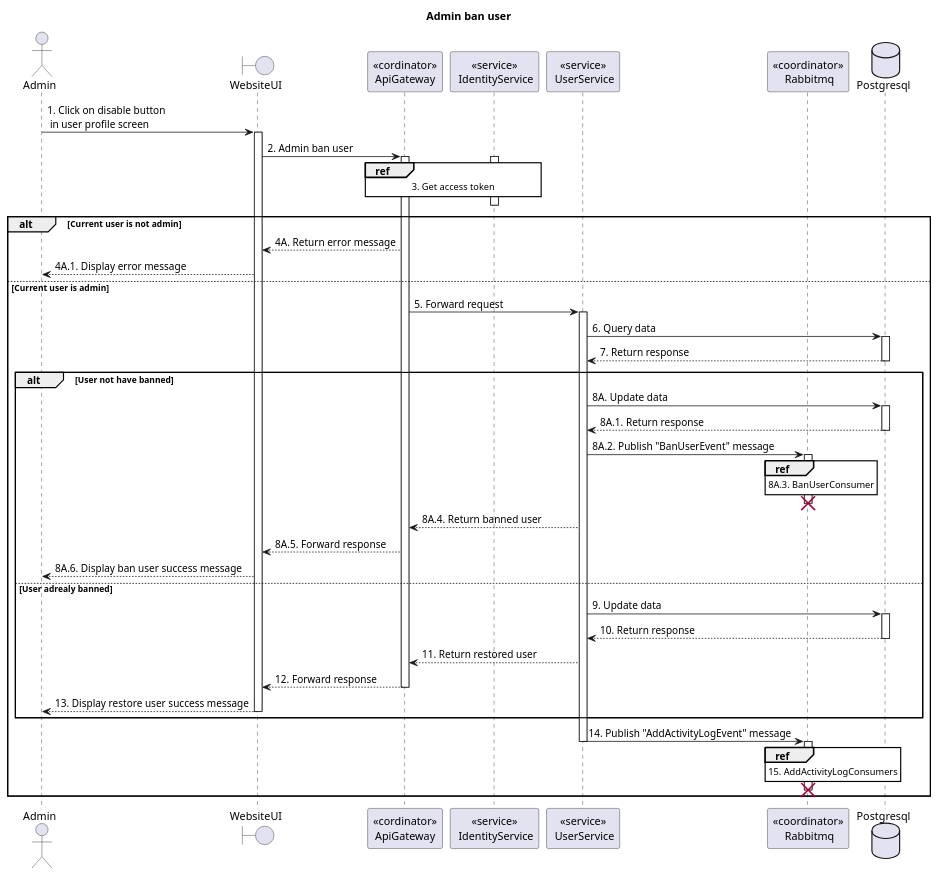
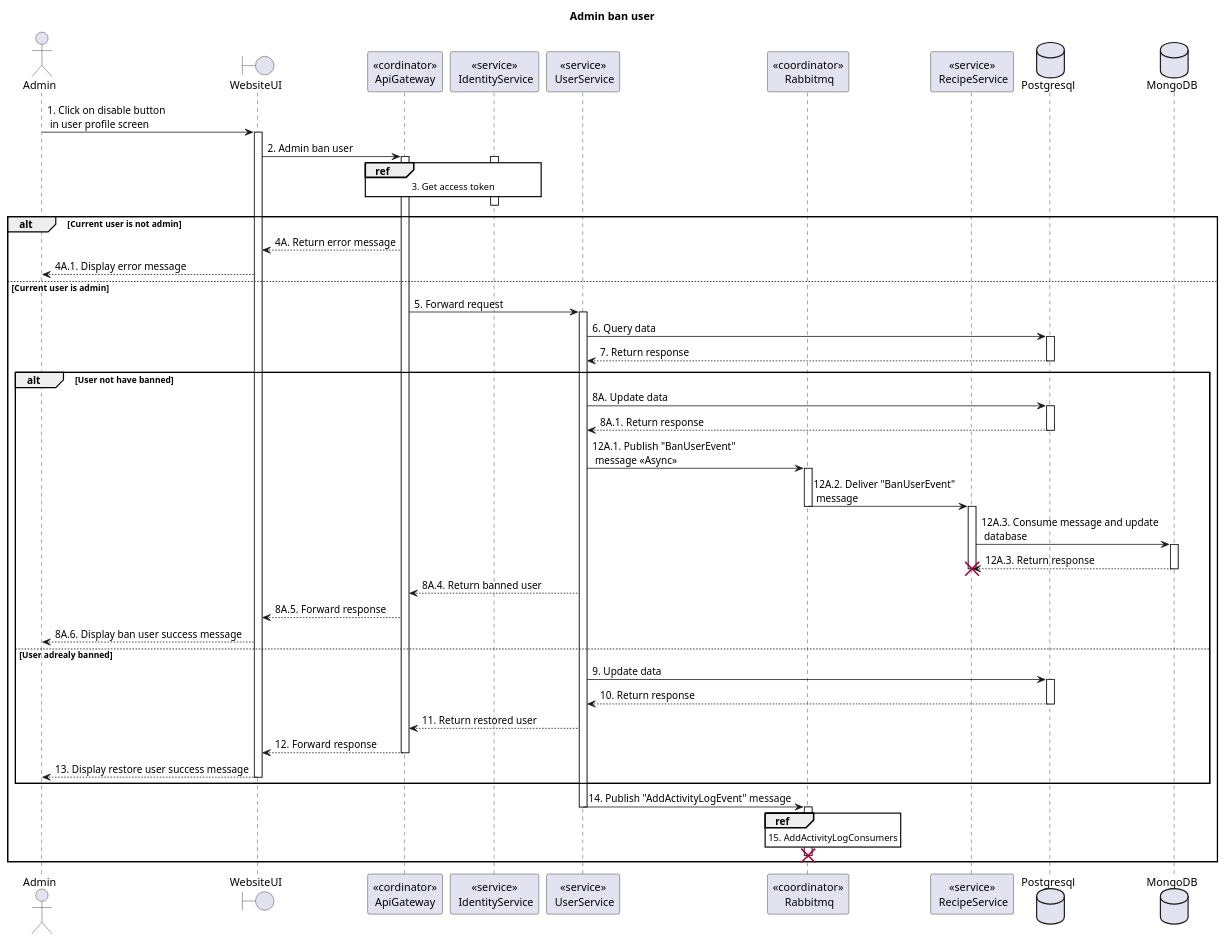
One commit to Carl-Johnsons/tastopia changed the diagram in doc/SDS/User/Admin ban user/Sequence.plantuml. Above: the diagram before and after it, drawn with PlantUML.

Commit message:
doc: update admin ban user sequence diagram

```diff
--- a/doc/SDS/User/Admin ban user/Sequence.plantuml
+++ b/doc/SDS/User/Admin ban user/Sequence.plantuml
@@ -1,63 +1,69 @@
 @startuml Sequence
 title "Admin ban user"
 
 ' Style section
 <style>
   sequenceDiagram {
     reference {
       BackGroundColor white
     }
 }
 </style>
 
 actor Admin
 boundary WebsiteUI
 participant "<<cordinator>>\nApiGateway" as ApiGateway
 participant "<<service>>\n IdentityService" as IdentityService
 participant "<<service>>\n UserService" as UserService
 participant "<<coordinator>>\n Rabbitmq" as Rabbitmq
+participant "<<service>>\n RecipeService" as RecipeService
 database Postgresql
+database MongoDB
 
 Admin -> WebsiteUI ++: 1. Click on disable button \n in user profile screen
 WebsiteUI -> ApiGateway ++: 2. Admin ban user
 
 activate IdentityService
 ref over ApiGateway, IdentityService: 3. Get access token
 ApiGateway -[hidden]-> IdentityService
 deactivate IdentityService
 
 alt Current user is not admin
     WebsiteUI <-- ApiGateway: 4A. Return error message
     Admin <-- WebsiteUI: 4A.1. Display error message
 else Current user is admin
     ApiGateway -> UserService ++: 5. Forward request
     UserService -> Postgresql++: 6. Query data
     UserService <-- Postgresql--: 7. Return response
     alt User not have banned
       UserService -> Postgresql++: 8A. Update data
       UserService <-- Postgresql--: 8A.1. Return response
-      UserService -> Rabbitmq: 8A.2. Publish "BanUserEvent" message 
+      UserService -> Rabbitmq: 12A.1. Publish "BanUserEvent" \n message <<Async>>
       activate Rabbitmq
-      ref over Rabbitmq: 8A.3. BanUserConsumer
-      Rabbitmq -[hidden]> 
-      destroy Rabbitmq
+      Rabbitmq -> RecipeService: 12A.2. Deliver "BanUserEvent"\n message
+      deactivate Rabbitmq
+      activate RecipeService
+      RecipeService -> MongoDB++: 12A.3. Consume message and update \n database
+      RecipeService <-- MongoDB--: 12A.3. Return response
+      deactivate RecipeService
+      destroy RecipeService
       ApiGateway <-- UserService: 8A.4. Return banned user
       WebsiteUI <-- ApiGateway: 8A.5. Forward response
       Admin <-- WebsiteUI: 8A.6. Display ban user success message
     else User adrealy banned
       UserService -> Postgresql++: 9. Update data
       UserService <-- Postgresql--: 10. Return response
       ApiGateway <-- UserService: 11. Return restored user
       WebsiteUI <-- ApiGateway--: 12. Forward response
       Admin <-- WebsiteUI--: 13. Display restore user success message
     end alt
     UserService -> Rabbitmq: 14. Publish "AddActivityLogEvent" message 
     deactivate UserService
     activate Rabbitmq
     ref over Rabbitmq: 15. AddActivityLogConsumers
     Rabbitmq -[hidden]> 
     destroy Rabbitmq
 end alt
 
 
 @enduml
```
